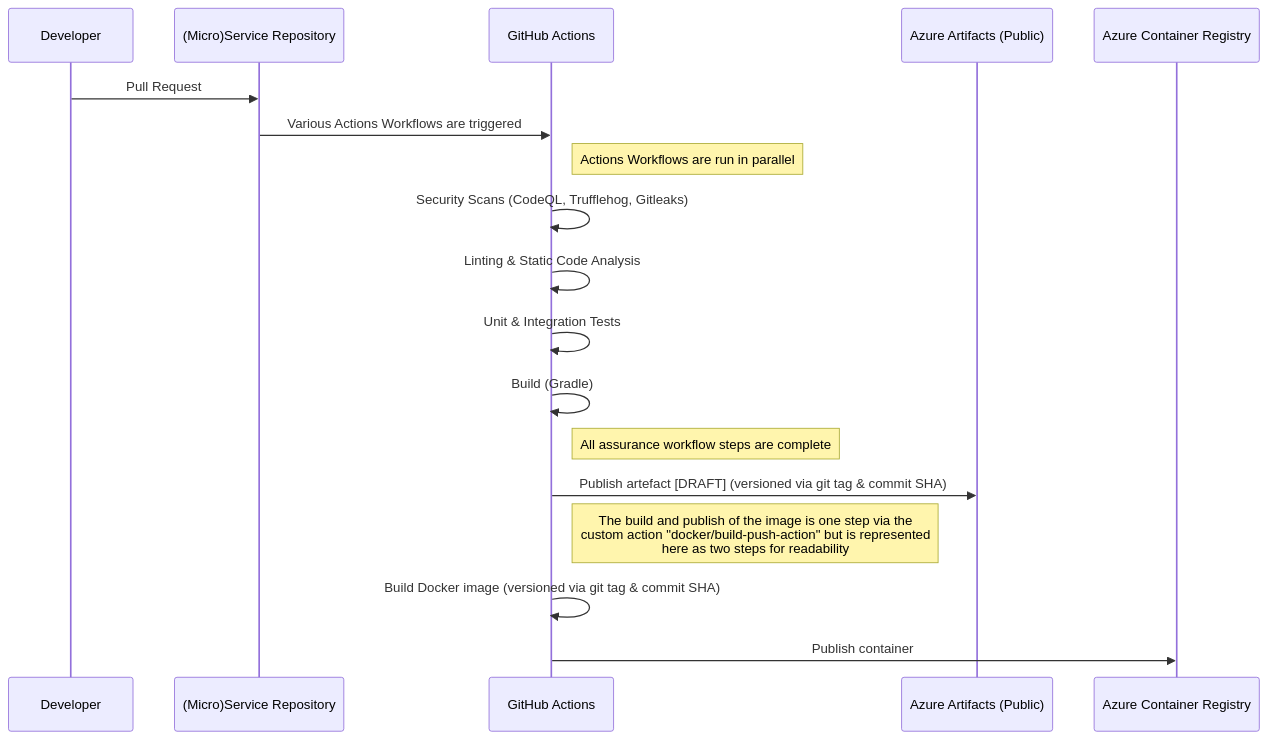
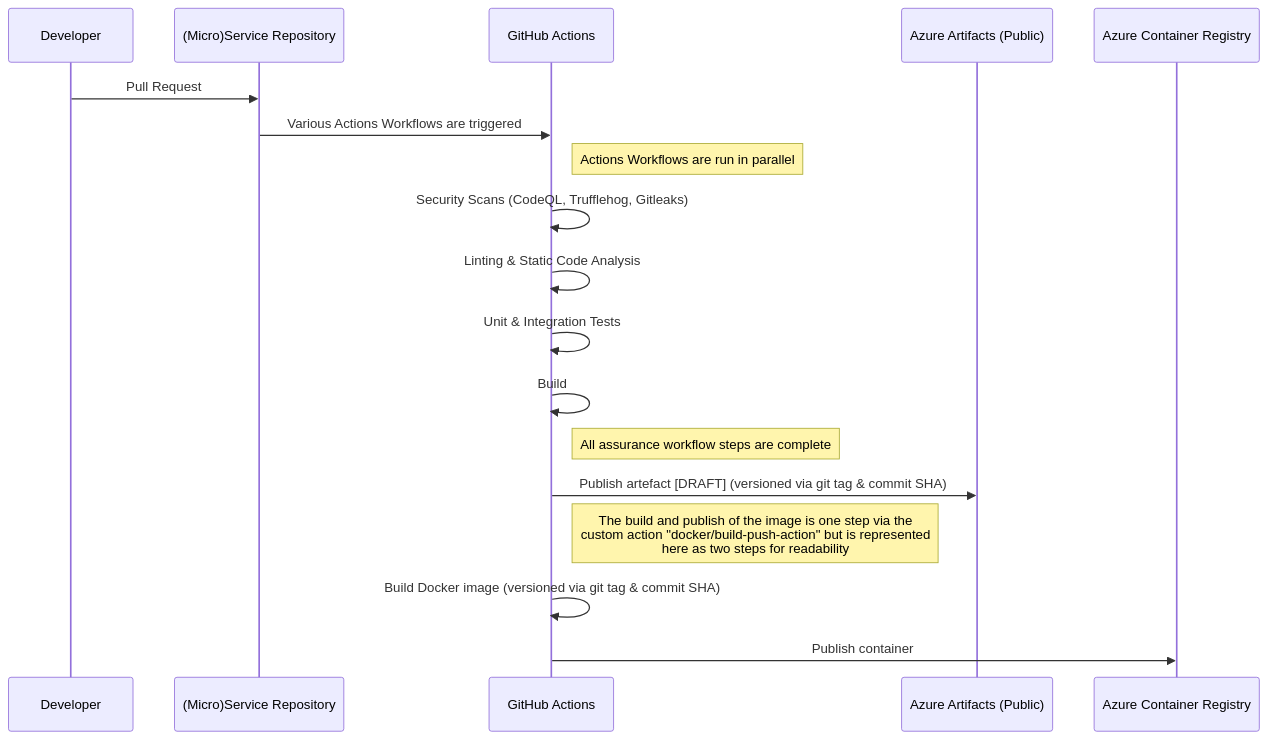
The second of 2 diagrams in docs/PIPELINE.md (hmcts/service-hmcts-springboot-template), drawn with Mermaid before and after one commit. The commit also changed other lines of this file, not shown here.

Commit message:
Update PIPELINE.md (#69)

````diff
--- a/docs/PIPELINE.md
+++ b/docs/PIPELINE.md
@@ -42,22 +42,22 @@
 ```mermaid
 sequenceDiagram
     participant Dev as Developer
     participant Repo as (Micro)Service Repository
     participant GH as GitHub Actions
     participant Art as Azure Artifacts (Public)
     participant ACR as Azure Container Registry
 
     Dev->>Repo: Pull Request
     Repo->>GH: Various Actions Workflows are triggered
     note right of GH: Actions Workflows are run in parallel
     GH->>GH: Security Scans (CodeQL, Trufflehog, Gitleaks)
     GH->>GH: Linting & Static Code Analysis
     GH->>GH: Unit & Integration Tests
-    GH->>GH: Build (Gradle)
+    GH->>GH: Build
 
     note right of GH: All assurance workflow steps are complete
     GH->>Art: Publish artefact [DRAFT] (versioned via git tag & commit SHA)
     note right of GH: The build and publish of the image is one step via the<br/>custom action "docker/build-push-action" but is represented<br/>here as two steps for readability
     GH->>GH: Build Docker image (versioned via git tag & commit SHA)
     GH->>ACR: Publish container
 ```
````
